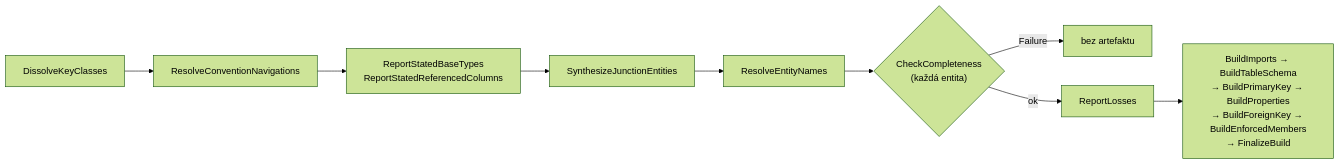
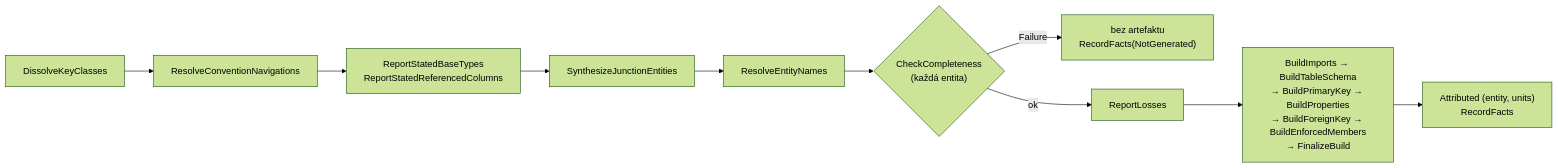
Before and after one commit to MiraStochel/orm-convertor: diagram 15 of 17 in docs/architecture.md, drawn with Mermaid (forest theme). The commit also changed other lines of this file and 25 other files, not shown here.

````diff
--- a/docs/architecture.md
+++ b/docs/architecture.md
@@ -1074,11 +1088,12 @@
 ```mermaid
 flowchart LR
   A[DissolveKeyClasses] --> B[ResolveConventionNavigations]
   B --> C["ReportStatedBaseTypes<br/>ReportStatedReferencedColumns"]
   C --> D[SynthesizeJunctionEntities]
   D --> E[ResolveEntityNames]
   E --> F{"CheckCompleteness<br/>(každá entita)"}
-  F -->|Failure| X["bez artefaktu"]
+  F -->|Failure| X["bez artefaktu<br/>RecordFacts(NotGenerated)"]
   F -->|ok| G[ReportLosses]
   G --> H["BuildImports → BuildTableSchema<br/>→ BuildPrimaryKey → BuildProperties<br/>→ BuildForeignKey → BuildEnforcedMembers<br/>→ FinalizeBuild"]
+  H --> I["Attributed (entity, units)<br/>RecordFacts"]
 ```
````
